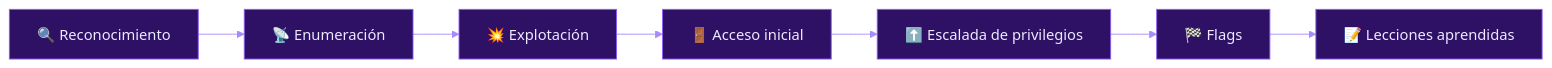
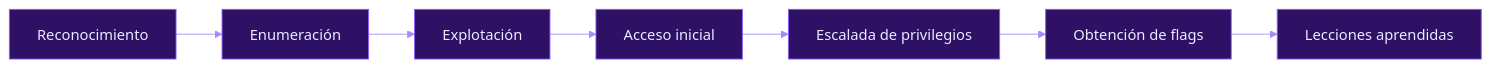
One commit to phanesopenyoureyes/hacking-journey changed the diagram in README.md. Above: the diagram before and after it, drawn with Mermaid. The commit also changed other lines of this file, not shown here.

````diff
--- a/README.md
+++ b/README.md
@@ -30,10 +30,10 @@
 ```mermaid
 %%{init: {'theme':'base','themeVariables':{'primaryColor':'#2e1065','primaryTextColor':'#ede9fe','primaryBorderColor':'#8b5cf6','lineColor':'#a78bfa','secondaryColor':'#1a1033','tertiaryColor':'#0d0b1a','fontFamily':'ui-sans-serif,system-ui'}}}%%
 flowchart LR
-    A[🔍 Reconocimiento] --> B[📡 Enumeración]
-    B --> C[💥 Explotación]
-    C --> D[🚪 Acceso inicial]
-    D --> E[⬆️ Escalada de privilegios]
-    E --> F[🏁 Flags]
-    F --> G[📝 Lecciones aprendidas]
+    A[Reconocimiento] --> B[Enumeración]
+    B --> C[Explotación]
+    C --> D[Acceso inicial]
+    D --> E[Escalada de privilegios]
+    E --> F[Obtención de flags]
+    F --> G[Lecciones aprendidas]
 ```
````
